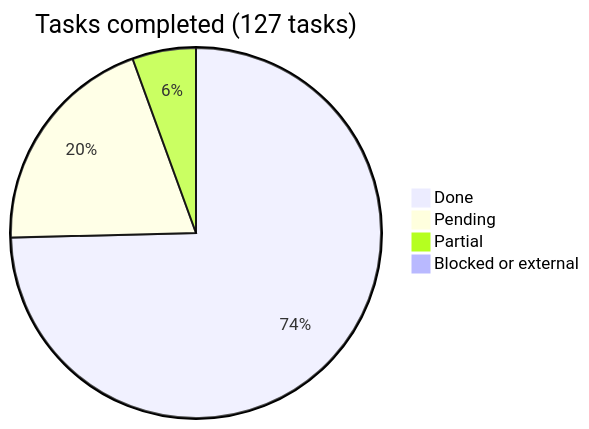
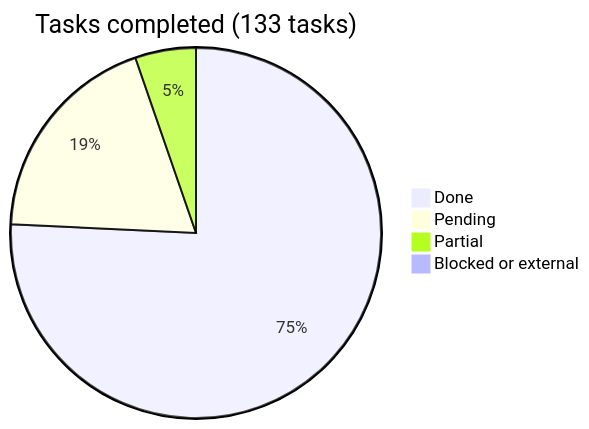
One commit to araguaney-lat/araguaney-app changed the diagram in docs/roadmap/README.md. Above: the diagram before and after it, drawn with Mermaid. The commit also changed other lines of this file and 12 other files, not shown here.

````diff
--- a/docs/roadmap/README.md
+++ b/docs/roadmap/README.md
@@ -16,7 +16,7 @@
 ```mermaid
-pie title Tasks completed (127 tasks)
-    "Done" : 94
+pie title Tasks completed (133 tasks)
+    "Done" : 100
     "Pending" : 25
     "Partial" : 7
     "Blocked or external" : 1
 ```
````
